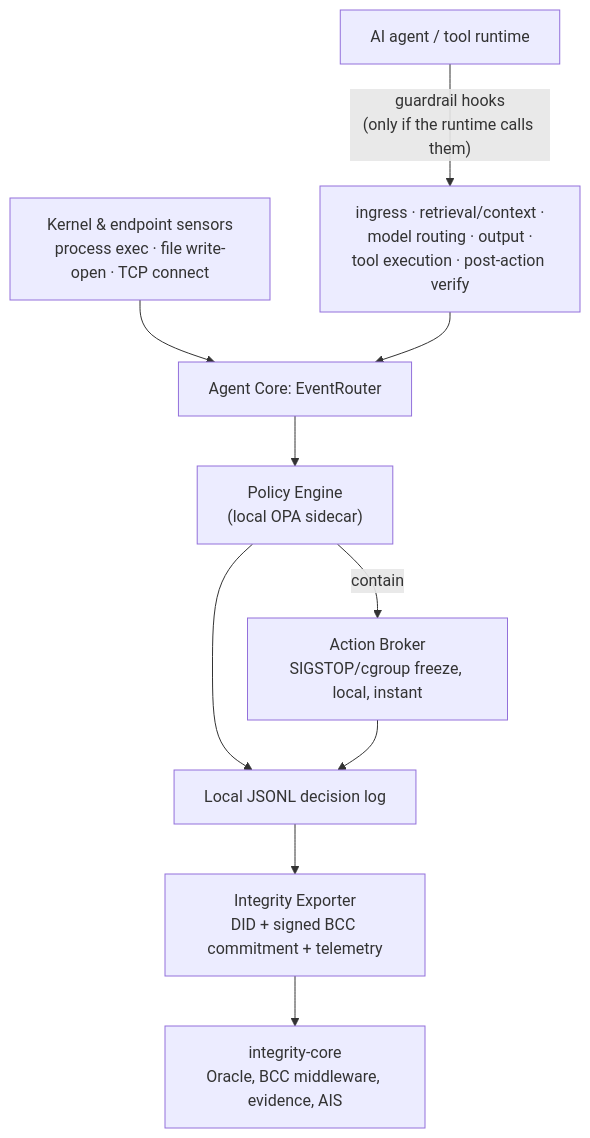
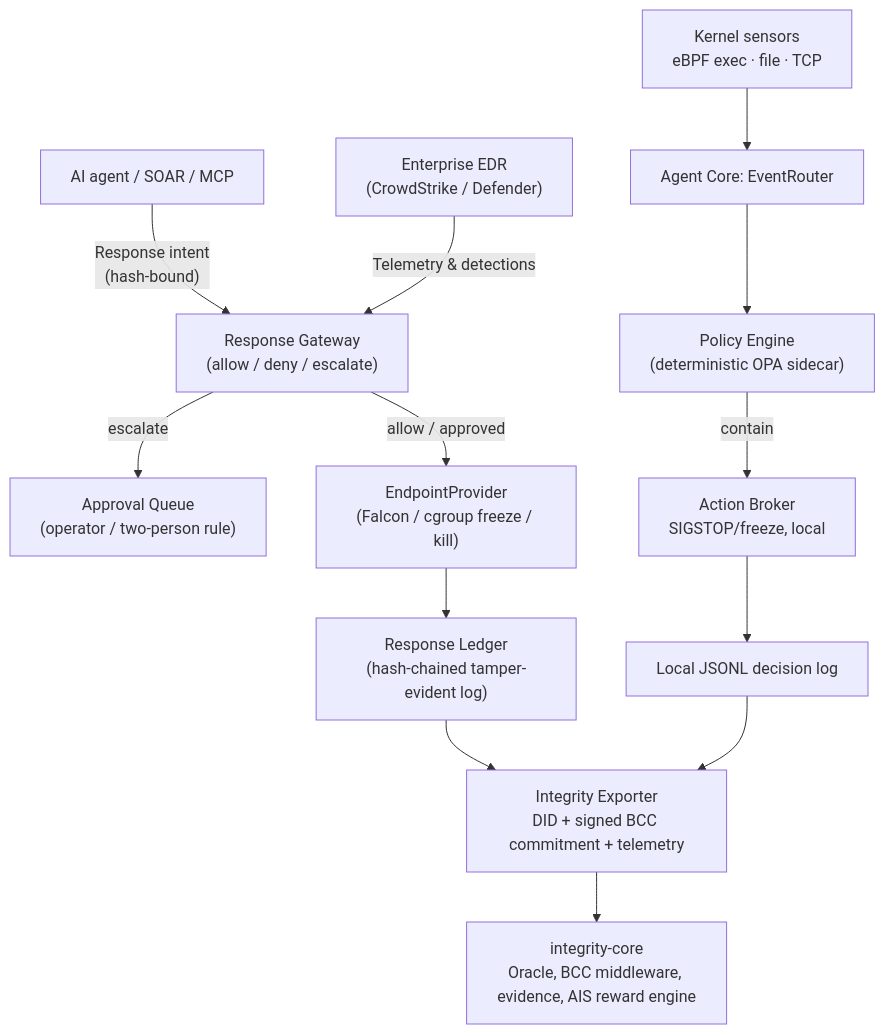
Before and after one commit to XibalbaTechSol/xibalba-shield: the diagram in docs/wiki/index.md, drawn with Mermaid. The commit also changed other lines of this file and 3 other files, not shown here.

Commit message:
docs: align Shield narrative with navigation physics and EDR response governance

````diff
--- a/docs/wiki/index.md
+++ b/docs/wiki/index.md
@@ -25,12 +24,15 @@
 ```mermaid
 flowchart TD
-    Agent["AI agent / tool runtime"] -->|"guardrail hooks<br/>(only if the runtime calls them)"| Hooks["ingress · retrieval/context ·<br/>model routing · output ·<br/>tool execution · post-action verify"]
-    Kernel["Kernel & endpoint sensors<br/>process exec · file write-open · TCP connect"] --> Core["Agent Core: EventRouter"]
-    Hooks --> Core
-    Core --> Policy["Policy Engine<br/>(local OPA sidecar)"]
-    Policy -->|"contain"| Broker["Action Broker<br/>SIGSTOP/cgroup freeze, local, instant"]
-    Policy --> Log["Local JSONL decision log"]
-    Broker --> Log
-    Log --> Exporter["Integrity Exporter<br/>DID + signed BCC commitment + telemetry"]
-    Exporter --> Backbone["integrity-core<br/>Oracle, BCC middleware, evidence, AIS"]
+    Agent["AI agent / SOAR / MCP"] -->|"Response intent<br/>(hash-bound)"| Gateway["Response Gateway<br/>(allow / deny / escalate)"]
+    EDR["Enterprise EDR<br/>(CrowdStrike / Defender)"] -->|"Telemetry & detections"| Gateway
+    Kernel["Kernel sensors<br/>eBPF exec · file · TCP"] --> Core["Agent Core: EventRouter"]
+    Gateway -->|"escalate"| Queue["Approval Queue<br/>(operator / two-person rule)"]
+    Gateway -->|"allow / approved"| Exec["EndpointProvider<br/>(Falcon / cgroup freeze / kill)"]
+    Core --> Policy["Policy Engine<br/>(deterministic OPA sidecar)"]
+    Policy -->|"contain"| Broker["Action Broker<br/>SIGSTOP/freeze, local"]
+    Exec --> Ledger["Response Ledger<br/>(hash-chained tamper-evident log)"]
+    Broker --> Log["Local JSONL decision log"]
+    Ledger --> Exporter["Integrity Exporter<br/>DID + signed BCC commitment + telemetry"]
+    Log --> Exporter
+    Exporter --> Backbone["integrity-core<br/>Oracle, BCC middleware, evidence, AIS reward engine"]
 ```
````
